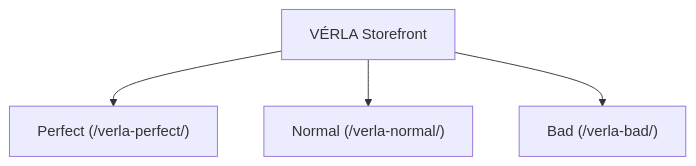
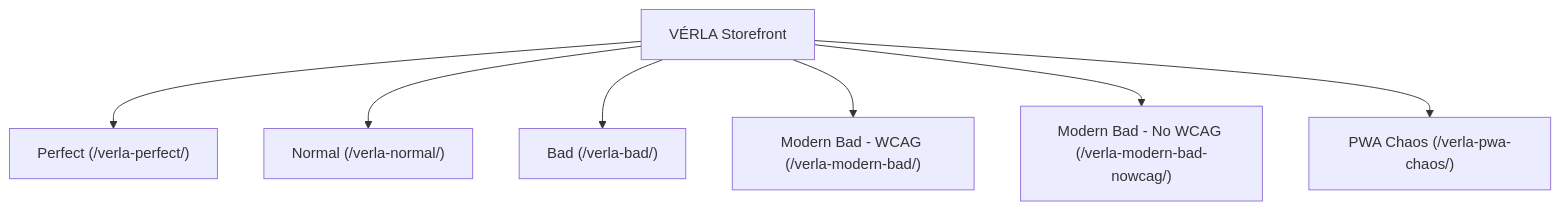
The diagram in doc/VERLA_DEMO_STORE.md (Xceptance/neodymium), drawn with Mermaid before and after one commit. The commit also changed other lines of this file and 66 other files, not shown here.

````diff
--- a/doc/VERLA_DEMO_STORE.md
+++ b/doc/VERLA_DEMO_STORE.md
@@ -13,6 +13,9 @@
 ```mermaid
 graph TD
     A[VÉRLA Storefront] --> B["Perfect (/verla-perfect/)"]
     A --> C["Normal (/verla-normal/)"]
     A --> D["Bad (/verla-bad/)"]
+    A --> E["Modern Bad - WCAG (/verla-modern-bad/)"]
+    A --> F["Modern Bad - No WCAG (/verla-modern-bad-nowcag/)"]
+    A --> G["PWA Chaos (/verla-pwa-chaos/)"]
 ```
````
